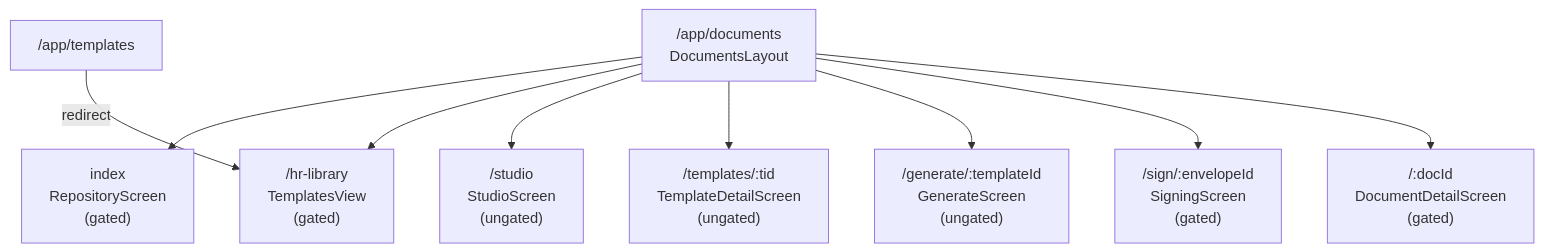
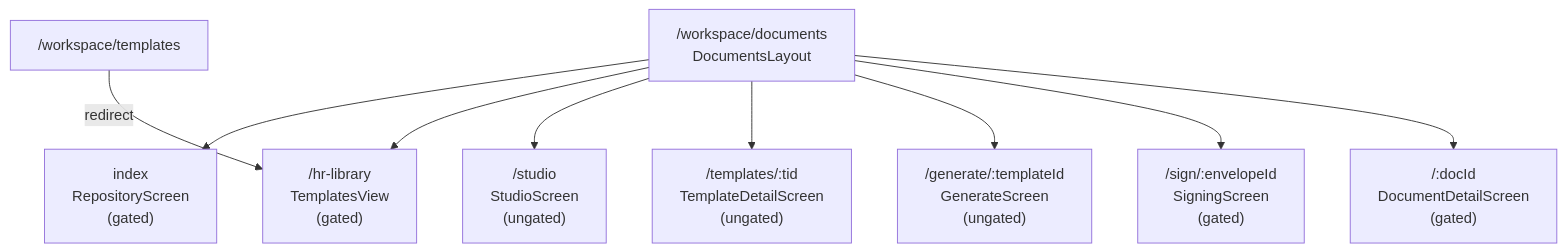
Before and after one commit to Dutiva-Canada/Dutiva_Web: the third of 5 diagrams in docs/wiki/Template-Catalogue-Engine.md, drawn with Mermaid. The commit also changed other lines of this file and 107 other files, not shown here.

````diff
--- a/docs/wiki/Template-Catalogue-Engine.md
+++ b/docs/wiki/Template-Catalogue-Engine.md
@@ -479,14 +479,14 @@
 ```mermaid
 graph TD
-    DL["/app/documents\nDocumentsLayout"]
+    DL["/workspace/documents\nDocumentsLayout"]
 
     DL --> IDX["index\nRepositoryScreen\n(gated)"]
     DL --> HR["/hr-library\nTemplatesView\n(gated)"]
     DL --> STU["/studio\nStudioScreen\n(ungated)"]
     DL --> TD["/templates/:tid\nTemplateDetailScreen\n(ungated)"]
     DL --> GEN["/generate/:templateId\nGenerateScreen\n(ungated)"]
     DL --> SIGN["/sign/:envelopeId\nSigningScreen\n(gated)"]
     DL --> DOC["/:docId\nDocumentDetailScreen\n(gated)"]
 
-    LEGACY["/app/templates"] -- "redirect" --> HR
+    LEGACY["/workspace/templates"] -- "redirect" --> HR
 ```
````
